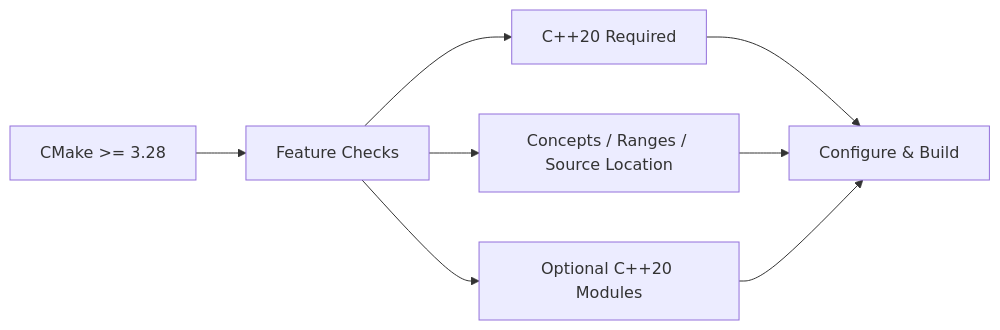
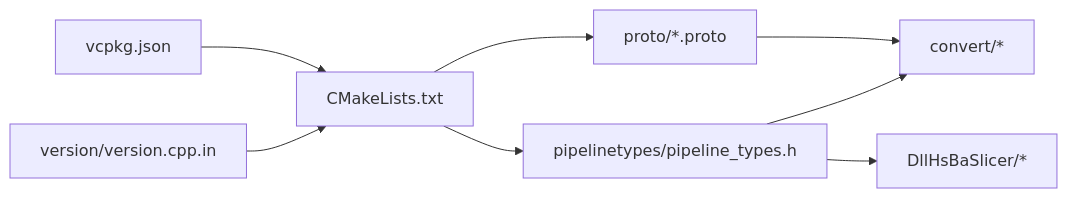
The fourth of 4 diagrams in .qoder/repowiki/en/content/Appendix.md (hsmbanlance/HsBaSlicer), drawn with Mermaid before and after one commit. The commit also changed other lines of this file and 1095 other files, not shown here.

````diff
--- a/.qoder/repowiki/en/content/Appendix.md
+++ b/.qoder/repowiki/en/content/Appendix.md
@@ -180,10 +490,10 @@
 ```mermaid
 graph LR
-CMake["CMake >= 3.28"] --> Check["Feature Checks"]
-Check --> Cpp20["C++20 Required"]
-Check --> Concepts["Concepts / Ranges / Source Location"]
-Check --> Modules["Optional C++20 Modules"]
-Cpp20 --> Build["Configure & Build"]
-Concepts --> Build
-Modules --> Build
+PT["pipelinetypes/pipeline_types.h"] --> CONV["convert/*"]
+PT --> DLL["DllHsBaSlicer/*"]
+PROTO["proto/*.proto"] --> CONV
+CMAKE["CMakeLists.txt"] --> PT
+CMAKE --> PROTO
+VER["version/version.cpp.in"] --> CMAKE
+VPKG["vcpkg.json"] --> CMAKE
 ```
````
